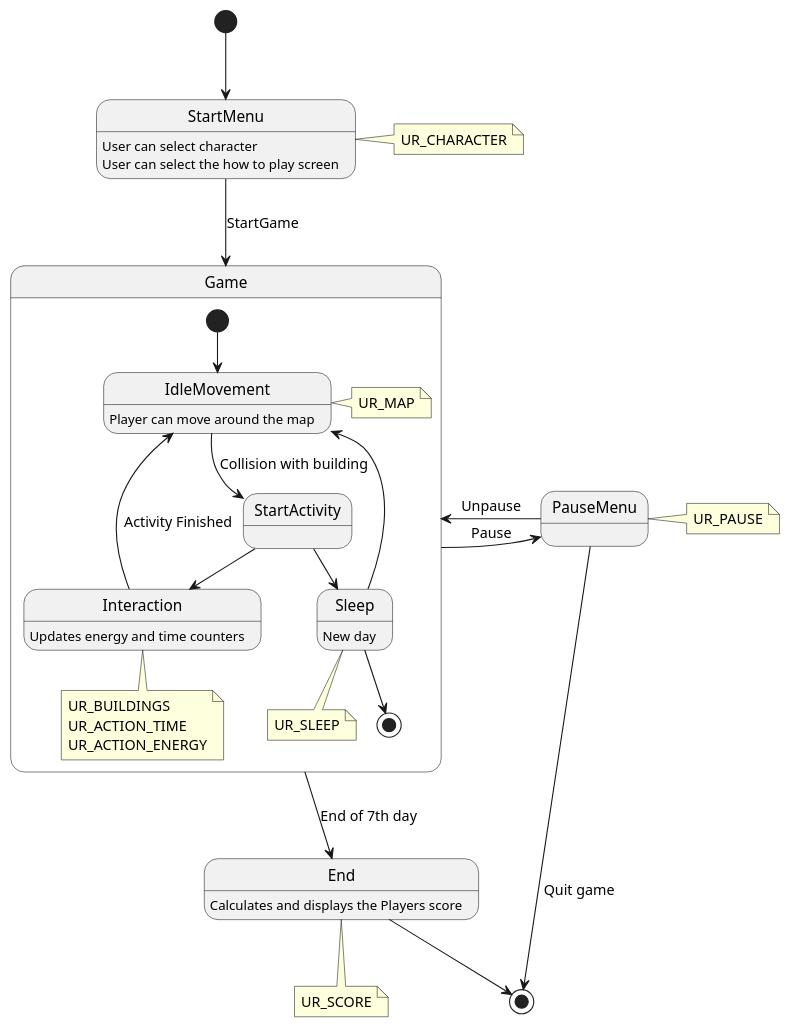
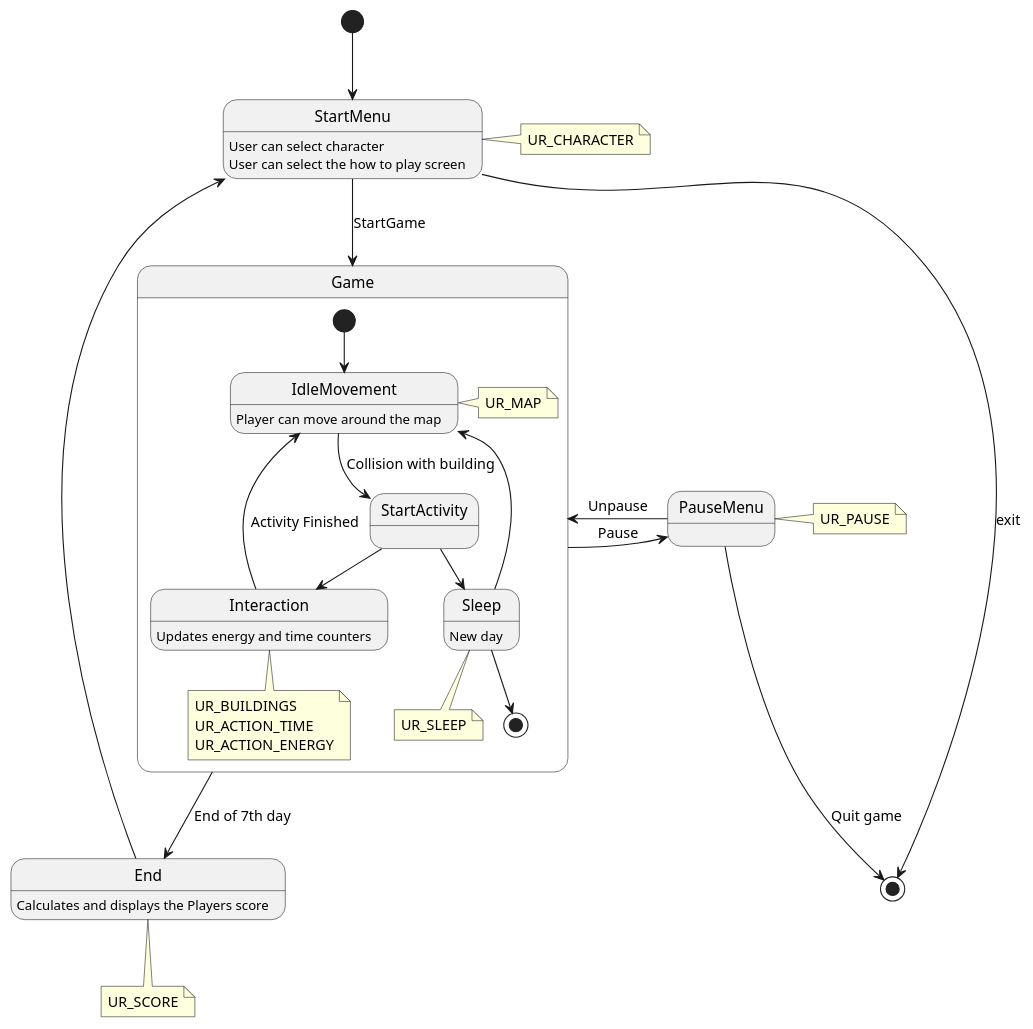
The diagram in UML_Diagrams/StateDiagram.puml (Mxtt-smith/Group-12-ENG1), drawn with PlantUML before and after one commit. The commit also changed 2 other files, not shown here.

Commit message:
added class diagrams

```diff
--- a/UML_Diagrams/StateDiagram.puml
+++ b/UML_Diagrams/StateDiagram.puml
@@ -1,69 +1,70 @@
 @startuml
 'https://plantuml.com/state-diagram
 
 [*] --> StartMenu
 
 state StartMenu {
     StartMenu: User can select character
     StartMenu: User can select the how to play screen
 }
 
 
 state Game{
     [*] --> IdleMovement
 
     IdleMovement: Player can move around the map
 
     IdleMovement --> StartActivity :Collision with building
     StartActivity -down-> Interaction
     StartActivity  --> Sleep
     Interaction -up-> IdleMovement:Activity Finished
     Interaction: Updates energy and time counters
     Sleep:New day
     Sleep --> IdleMovement
     Sleep --> [*]
 
     note bottom of Sleep
     UR_SLEEP
     end note
 
     note bottom of Interaction
     UR_BUILDINGS
     UR_ACTION_TIME
     UR_ACTION_ENERGY
     end note
 
     note right of IdleMovement
     UR_MAP
     end note
 }
 
 state End{
     End:Calculates and displays the Players score
 }
 
 state PauseMenu{
 
 }
 
 StartMenu -down-> Game: StartGame
 Game -> PauseMenu: Pause
 Game <- PauseMenu: Unpause
 Game -down-> End: End of 7th day
-End -down-> [*]
+End -up->  StartMenu
+StartMenu -> [*] :exit
 PauseMenu -down-> [*] : Quit game
 
 note right of StartMenu
 UR_CHARACTER
 end note
 
 note right of PauseMenu
 UR_PAUSE
 end note
 
 note bottom of End
 UR_SCORE
 end note
 
 
 @enduml
```
